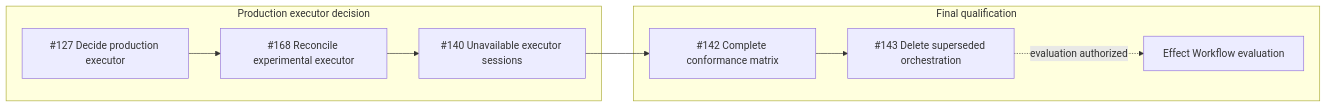
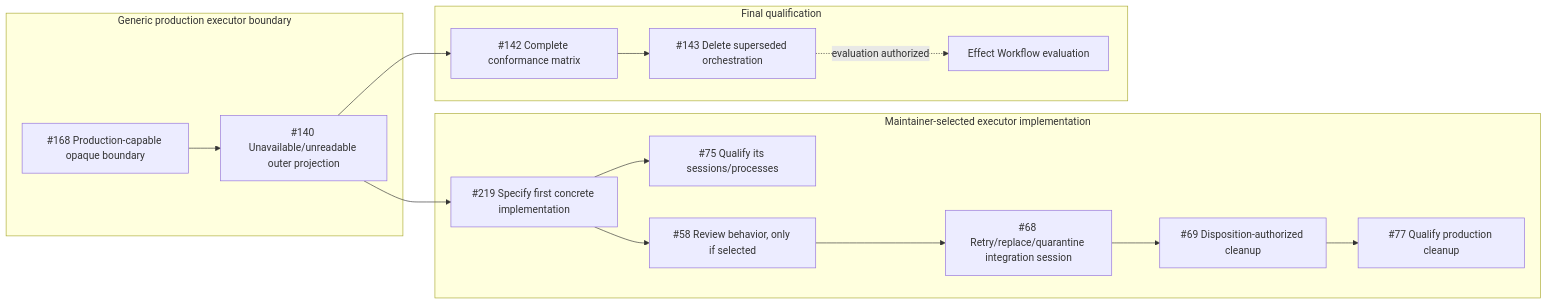
The diagram in research/effect-workflow-prerequisite-subgraph.md (dearlordylord/dalph), drawn with Mermaid before and after one commit. The commit also changed other lines of this file, not shown here.

Commit message:
docs: split generic and concrete executor work (#127)

````diff
--- a/research/effect-workflow-prerequisite-subgraph.md
+++ b/research/effect-workflow-prerequisite-subgraph.md
@@ -1,21 +1,35 @@
 ```mermaid
 flowchart LR
-  subgraph production["Production executor decision"]
-    i127["#127 Decide production executor"]
-    i168["#168 Reconcile experimental executor"]
-    i140["#140 Unavailable executor sessions"]
+  subgraph generic["Generic production executor boundary"]
+    i168["#168 Production-capable opaque boundary"]
+    i140["#140 Unavailable/unreadable outer projection"]
+  end
+
+  subgraph concrete["Maintainer-selected executor implementation"]
+    i219["#219 Specify first concrete implementation"]
+    i75["#75 Qualify its sessions/processes"]
+    i58["#58 Review behavior, only if selected"]
+    i68["#68 Retry/replace/quarantine integration session"]
+    i69["#69 Disposition-authorized cleanup"]
+    i77["#77 Qualify production cleanup"]
   end
 
   subgraph final["Final qualification"]
     i142["#142 Complete conformance matrix"]
     i143["#143 Delete superseded orchestration"]
     effectWorkflow["Effect Workflow evaluation"]
   end
 
-  i127 --> i168
   i168 --> i140
 
   i140 --> i142
   i142 --> i143
   i143 -. evaluation authorized .-> effectWorkflow
+
+  i140 --> i219
+  i219 --> i75
+  i219 --> i58
+  i58 --> i68
+  i68 --> i69
+  i69 --> i77
 ```
````
